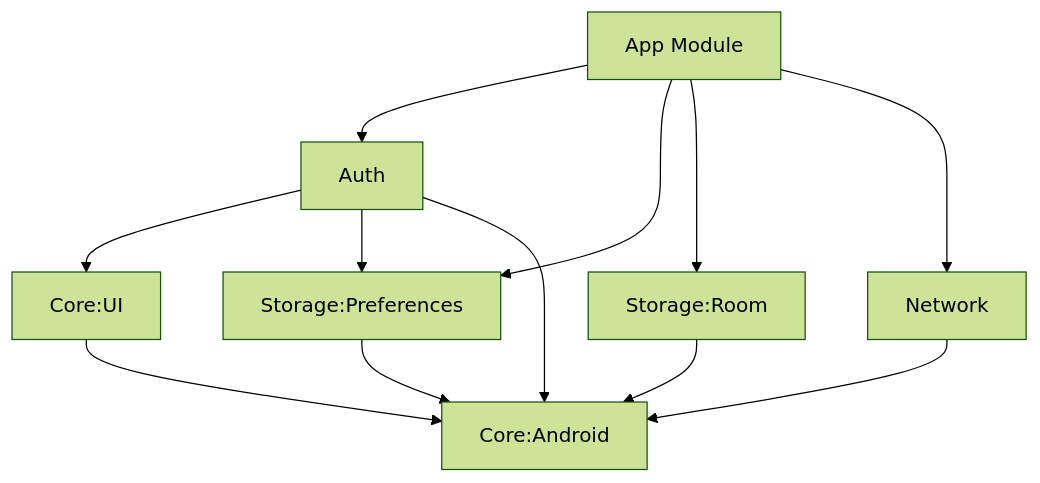
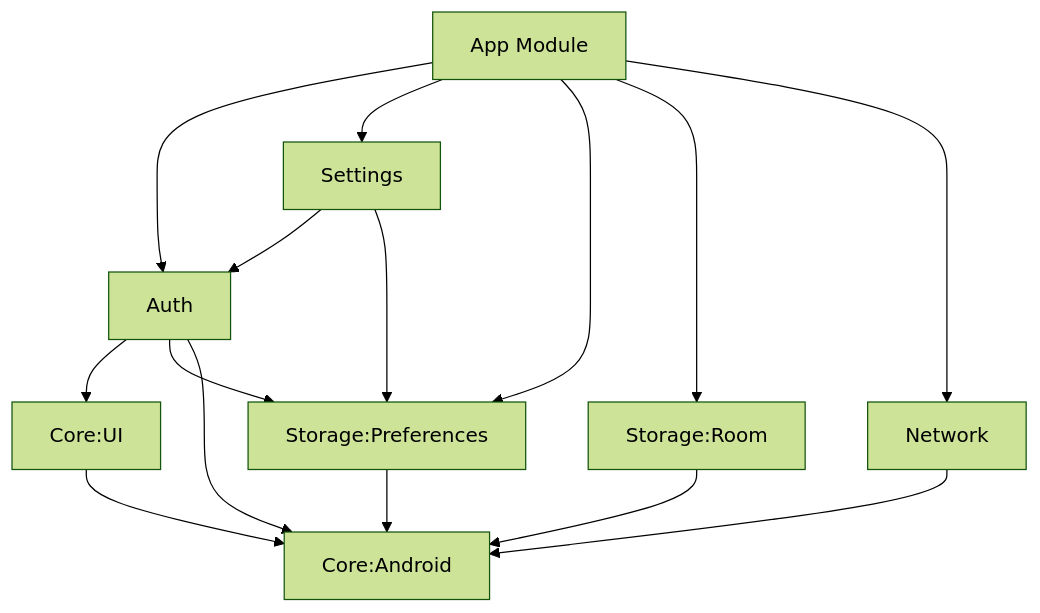
Before and after one commit to Abdullah-Khan-Sherwani/Patient-Tracker-App: the diagram in README.md, drawn with Mermaid (forest theme). The commit also changed other lines of this file, not shown here.

````diff
--- a/README.md
+++ b/README.md
@@ -69,14 +69,17 @@
 ```mermaid
 graph TD
     A[App Module] --> B[Auth]
+    A --> H[Settings]
     A --> C[Storage:Preferences]
     A --> D[Storage:Room]
     A --> E[Network]
     B --> F[Core:UI]
+    H --> B
+    H --> C
     B --> C
     B --> G[Core:Android]
     C --> G
     D --> G
     E --> G
     F --> G
 ```
````
